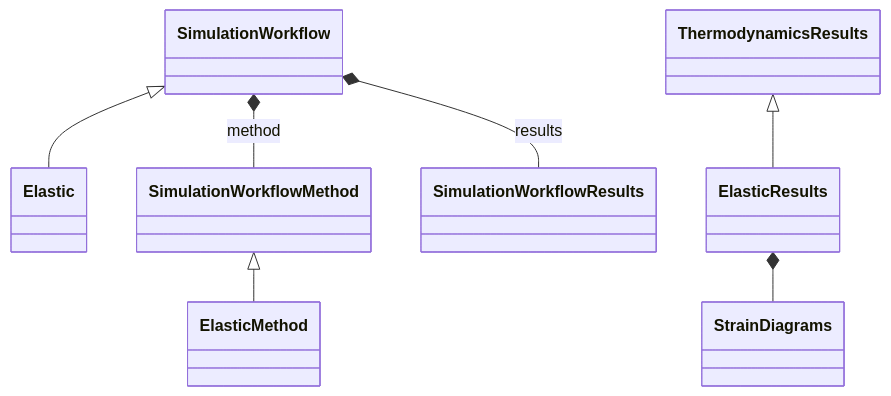
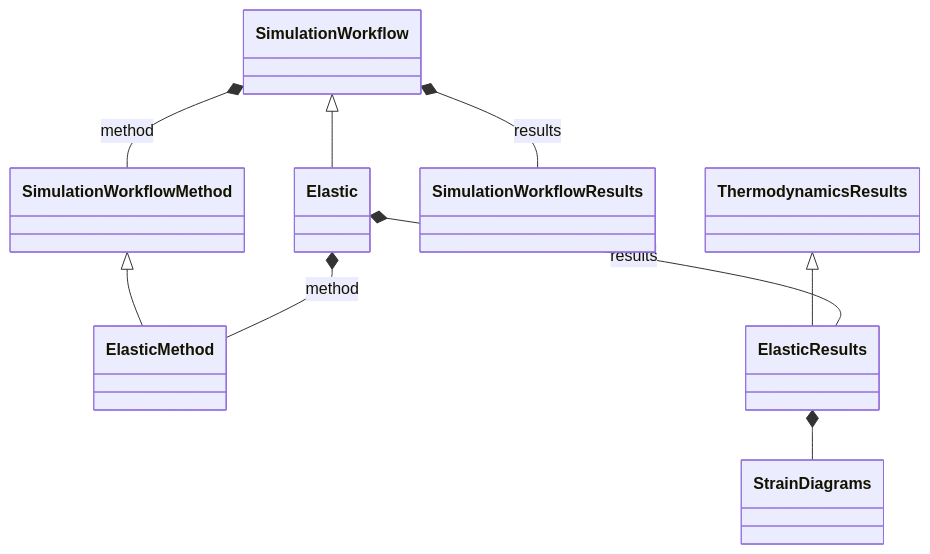
The diagram in docs/schema/workflow_elastic.diagram.md (FAIRmat-NFDI/nomad-simulations), drawn with Mermaid before and after one commit. The commit also changed 21 other files, not shown here.

````diff
--- a/docs/schema/workflow_elastic.diagram.md
+++ b/docs/schema/workflow_elastic.diagram.md
@@ -14,25 +14,27 @@
 ```mermaid
 classDiagram
     class Elastic {
     }
     class ElasticMethod {
     }
     class ElasticResults {
     }
     class SimulationWorkflow {
     }
     class SimulationWorkflowMethod {
     }
     class SimulationWorkflowResults {
     }
     class StrainDiagrams {
     }
     class ThermodynamicsResults {
     }
     SimulationWorkflow <|-- Elastic
     SimulationWorkflowMethod <|-- ElasticMethod
     ThermodynamicsResults <|-- ElasticResults
+    Elastic *-- ElasticMethod : method
+    Elastic *-- ElasticResults : results
     ElasticResults *-- StrainDiagrams
     SimulationWorkflow *-- SimulationWorkflowMethod : method
     SimulationWorkflow *-- SimulationWorkflowResults : results
 ```
````
